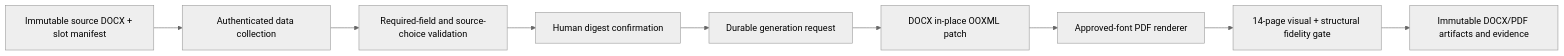
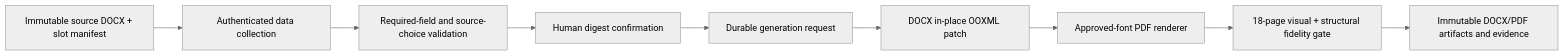
The diagram in docs/CONTRACT_DOCUMENTS.md (vectie/lunanexa), drawn with Mermaid (neutral theme) before and after one commit. The commit also changed other lines of this file and 4 other files, not shown here.

````diff
--- a/docs/CONTRACT_DOCUMENTS.md
+++ b/docs/CONTRACT_DOCUMENTS.md
@@ -16,11 +16,11 @@
 ```mermaid
 flowchart LR
   T["Immutable source DOCX + slot manifest"] --> C["Authenticated data collection"]
   C --> V["Required-field and source-choice validation"]
   V --> H["Human digest confirmation"]
   H --> J["Durable generation request"]
   J --> D["DOCX in-place OOXML patch"]
   D --> R["Approved-font PDF renderer"]
-  R --> Q["14-page visual + structural fidelity gate"]
+  R --> Q["18-page visual + structural fidelity gate"]
   Q --> A["Immutable DOCX/PDF artifacts and evidence"]
 ```
````
